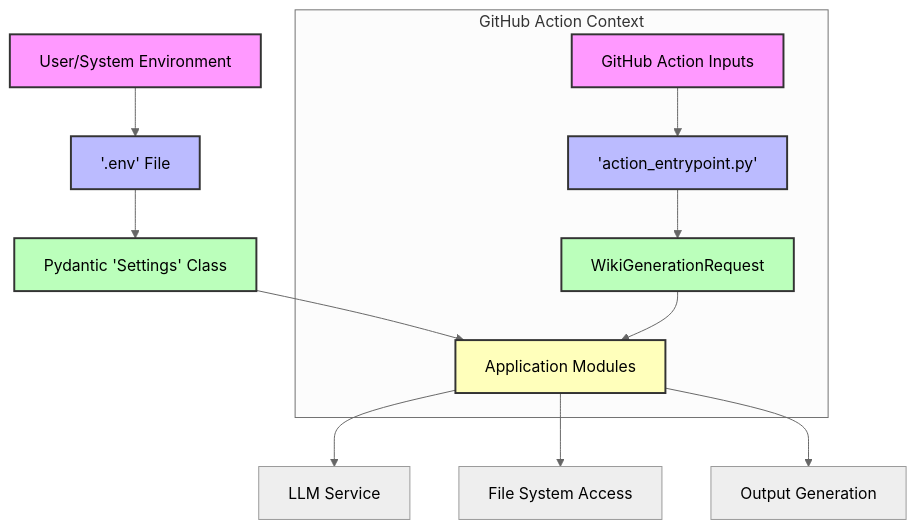
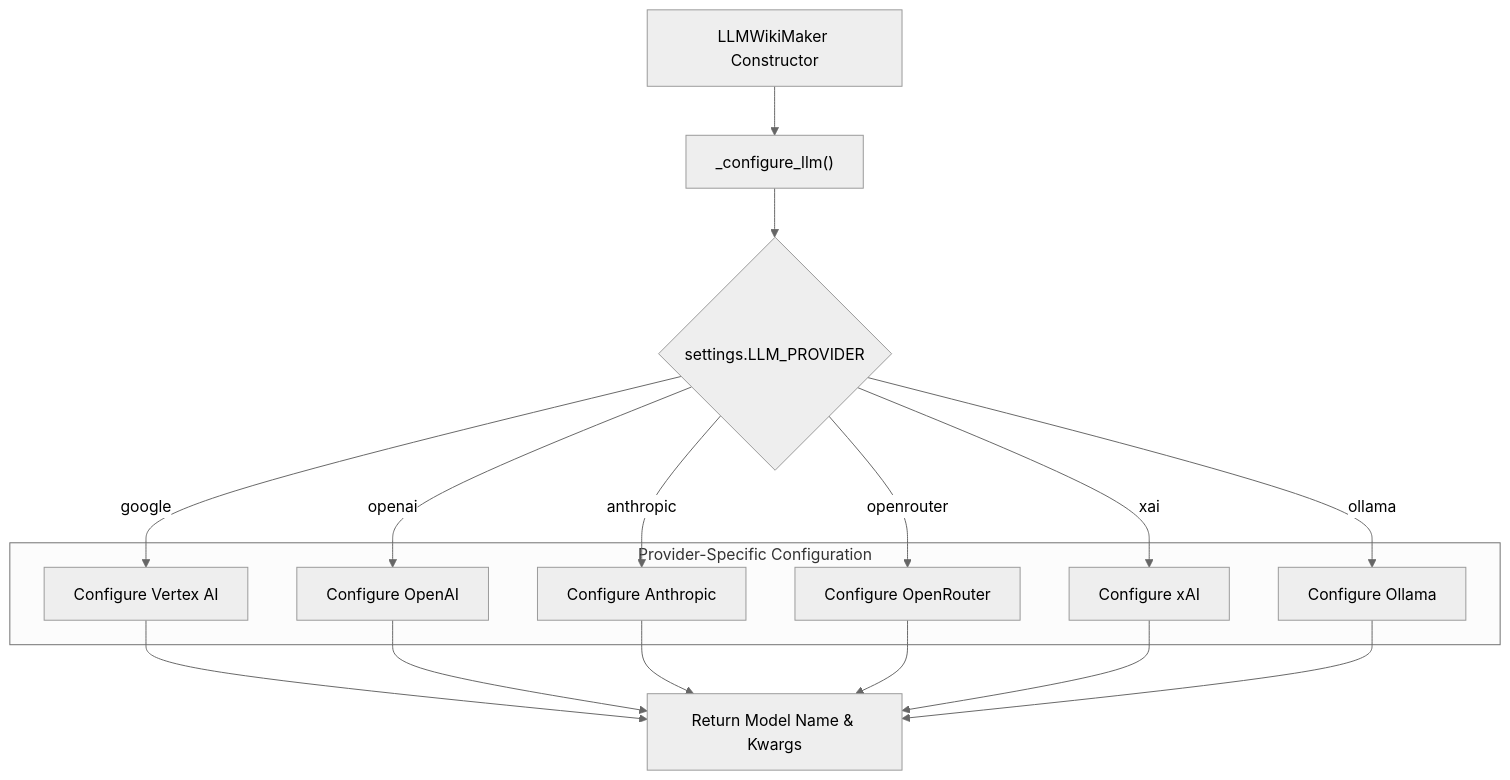
One commit to catuscio/wiki-as-readme changed diagram 11 of 19 in examples/wiki_as_README.md. Above: the diagram before and after it, drawn with Mermaid (neutral theme). The commit also changed other lines of this file, not shown here.

Commit message:
✨📚 Update examples/wiki_as_README.md via Wiki-As-Readme Action (en)

````diff
--- a/examples/wiki_as_README.md
+++ b/examples/wiki_as_README.md
@@ -1187,23 +1361,17 @@
 ```mermaid
-graph TD
-    A["User/System Environment"] --> B["'.env' File"];
-    B --> C["Pydantic 'Settings' Class"];
-    C --> D["Application Modules"];
-    D --> E["LLM Service"];
-    D --> F["File System Access"];
-    D --> G["Output Generation"];
+flowchart TD
+    A["LLMWikiMaker Constructor"] --> B["_configure_llm()"];
+    B --> C{"settings.LLM_PROVIDER"};
+    C -- "google" --> D["Configure Vertex AI"];
+    C -- "openai" --> E["Configure OpenAI"];
+    C -- "anthropic" --> F["Configure Anthropic"];
+    C -- "openrouter" --> G["Configure OpenRouter"];
+    C -- "xai" --> H["Configure xAI"];
+    C -- "ollama" --> I["Configure Ollama"];
+    D --> J["Return Model Name & Kwargs"];
+    E --> J; F --> J; G --> J; H --> J; I --> J;
 
-    subgraph GitHub Action Context
-        H["GitHub Action Inputs"] --> I["'action_entrypoint.py'"];
-        I --> J["WikiGenerationRequest"];
-        J --> D;
+    subgraph Provider-Specific Configuration
+        D; E; F; G; H; I
     end
-
-    style A fill:#f9f,stroke:#333,stroke-width:2px
-    style B fill:#bbf,stroke:#333,stroke-width:2px
-    style C fill:#bfb,stroke:#333,stroke-width:2px
-    style D fill:#ffb,stroke:#333,stroke-width:2px
-    style H fill:#f9f,stroke:#333,stroke-width:2px
-    style I fill:#bbf,stroke:#333,stroke-width:2px
-    style J fill:#bfb,stroke:#333,stroke-width:2px
 ```
````
